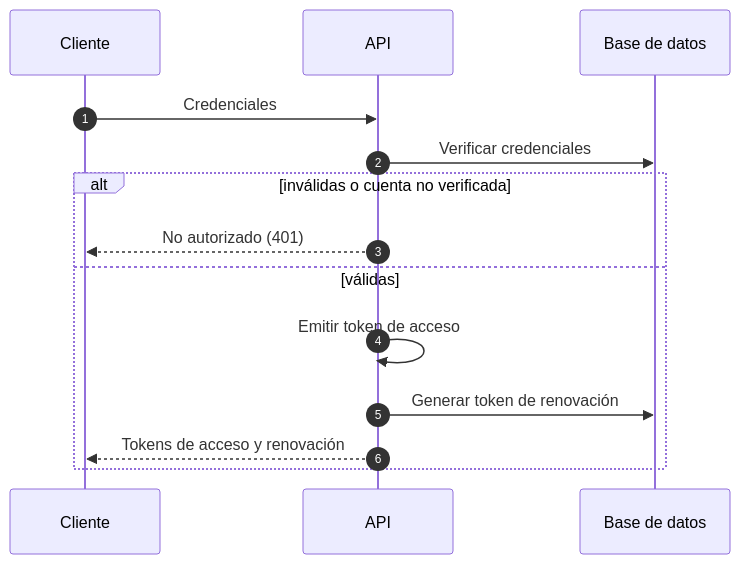
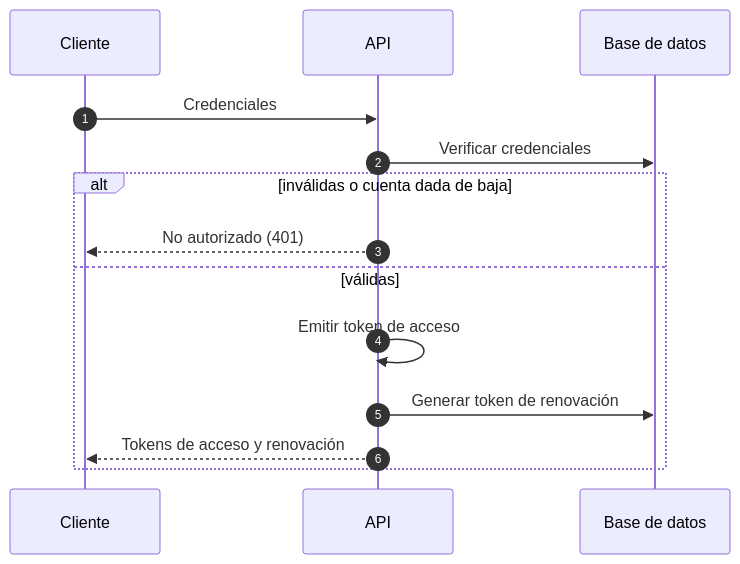
One commit to signasource/signa-api changed the second of 8 diagrams in docs/diagrams/sequence.md. Above: the diagram before and after it, drawn with Mermaid. The commit also changed other lines of this file and 13 other files, not shown here.

````diff
--- a/docs/diagrams/sequence.md
+++ b/docs/diagrams/sequence.md
@@ -30,17 +32,17 @@
 ```mermaid
 sequenceDiagram
     autonumber
     participant C as Cliente
     participant API as API
     participant DB as Base de datos
 
     C->>API: Credenciales
     API->>DB: Verificar credenciales
-    alt inválidas o cuenta no verificada
+    alt inválidas o cuenta dada de baja
         API-->>C: No autorizado (401)
     else válidas
         API->>API: Emitir token de acceso
         API->>DB: Generar token de renovación
         API-->>C: Tokens de acceso y renovación
     end
 ```
````
